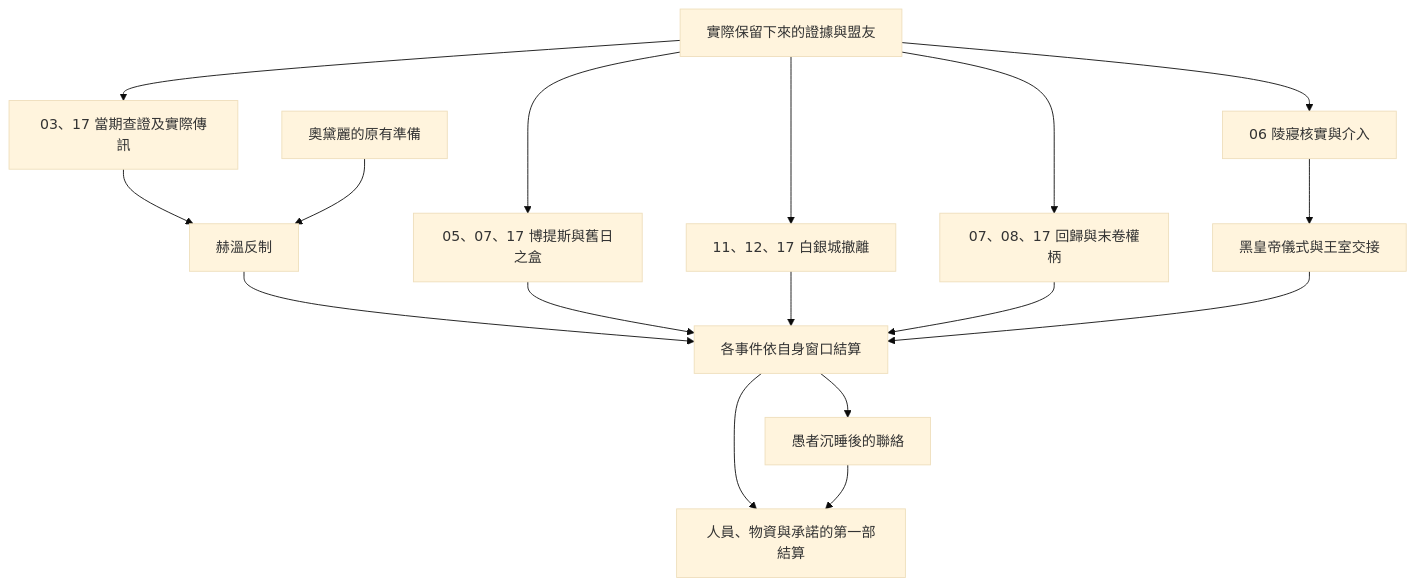
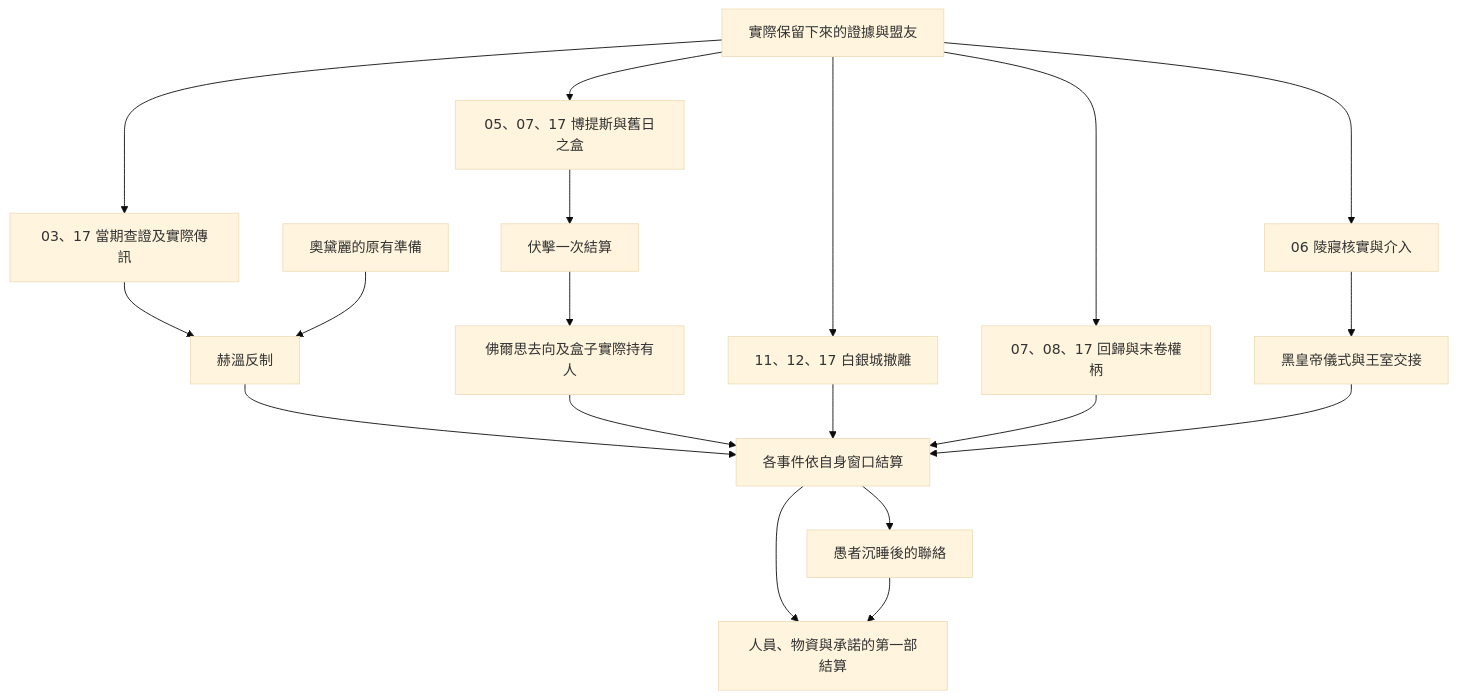
Before and after one commit to dragon961204-cmd/-: the sixth of 7 diagrams in game/events/part_one_story_tree.md, drawn with Mermaid (base theme). The commit also changed other lines of this file, not shown here.

Commit message:
第二十四批博提斯伏擊與舊日之盒 part_one_story_tree.md

````diff
--- a/game/events/part_one_story_tree.md
+++ b/game/events/part_one_story_tree.md
@@ -136,19 +136,21 @@
 ```mermaid
 flowchart TD
     A["實際保留下來的證據與盟友"] --> L["03、17 當期查證及實際傳訊"]
     L --> B["赫溫反制"]
     M["奧黛麗的原有準備"] --> B
     A --> C["05、07、17 博提斯與舊日之盒"]
     A --> D["11、12、17 白銀城撤離"]
     A --> E["07、08、17 回歸與末卷權柄"]
     B --> F["各事件依自身窗口結算"]
-    C --> F
+    C --> N["伏擊一次結算"]
+    N --> O["佛爾思去向及盒子實際持有人"]
+    O --> F
     D --> F
     E --> F
     A --> J["06 陵寢核實與介入"]
     J --> K["黑皇帝儀式與王室交接"]
     K --> F
     F --> G["愚者沉睡後的聯絡"]
     F --> H["人員、物資與承諾的第一部結算"]
     G --> H
 ```
````
